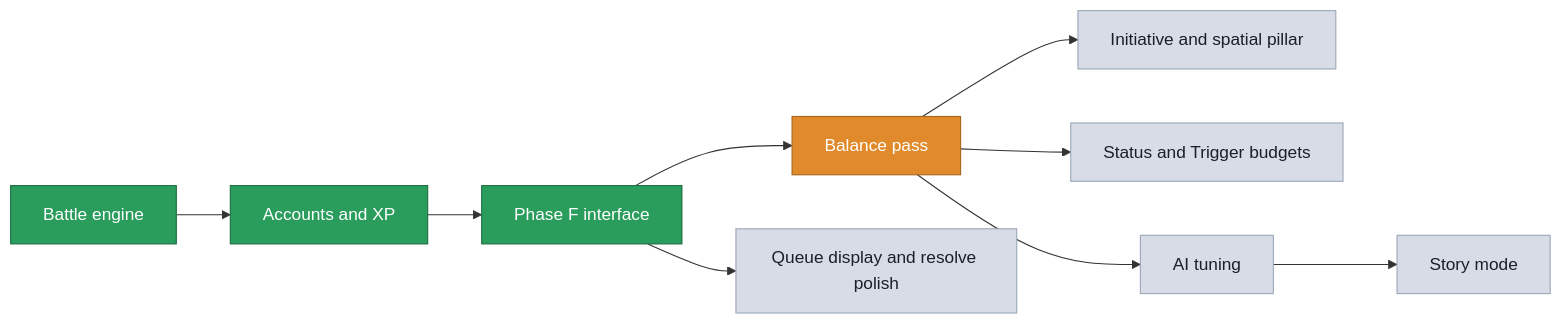
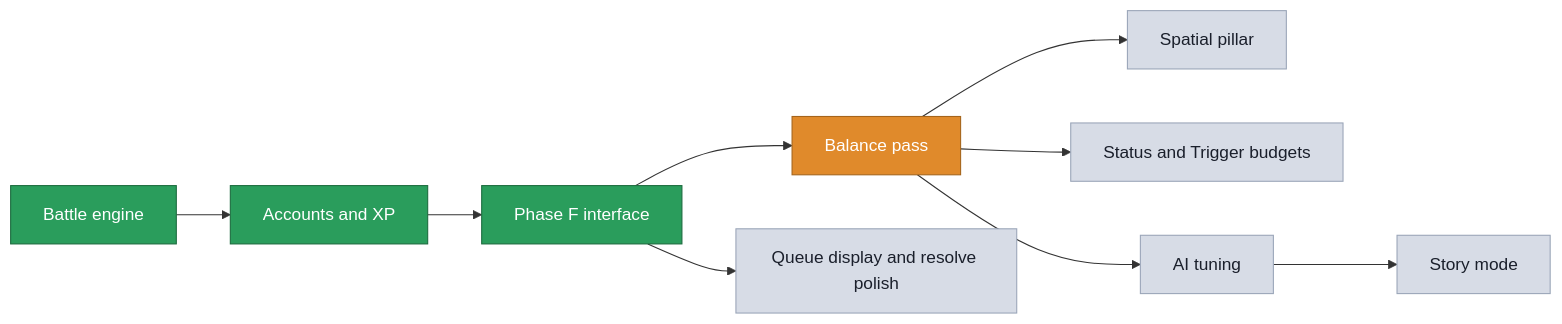
The diagram in docs/current_development_status.md (MaxxRexx/Isekai_Strategem), drawn with Mermaid before and after one commit. The commit also changed other lines of this file and 7 other files, not shown here.

````diff
--- a/docs/current_development_status.md
+++ b/docs/current_development_status.md
@@ -32,14 +32,14 @@
 ```mermaid
 flowchart LR
   classDef done fill:#2a9d5c,stroke:#1c6b3e,color:#ffffff
   classDef now fill:#e08a2b,stroke:#a5641b,color:#ffffff
   classDef todo fill:#d7dce6,stroke:#9aa5b8,color:#1a1f2b
 
   ENG[Battle engine]:::done --> ACC[Accounts and XP]:::done --> UI[Phase F interface]:::done
   UI --> BAL[Balance pass]:::now
-  BAL --> INIT[Initiative and spatial pillar]:::todo
+  BAL --> INIT[Spatial pillar]:::todo
   BAL --> BUD[Status and Trigger budgets]:::todo
   UI --> QUE[Queue display and resolve polish]:::todo
   BAL --> AI[AI tuning]:::todo
   AI --> STORY[Story mode]:::todo
 ```
````
